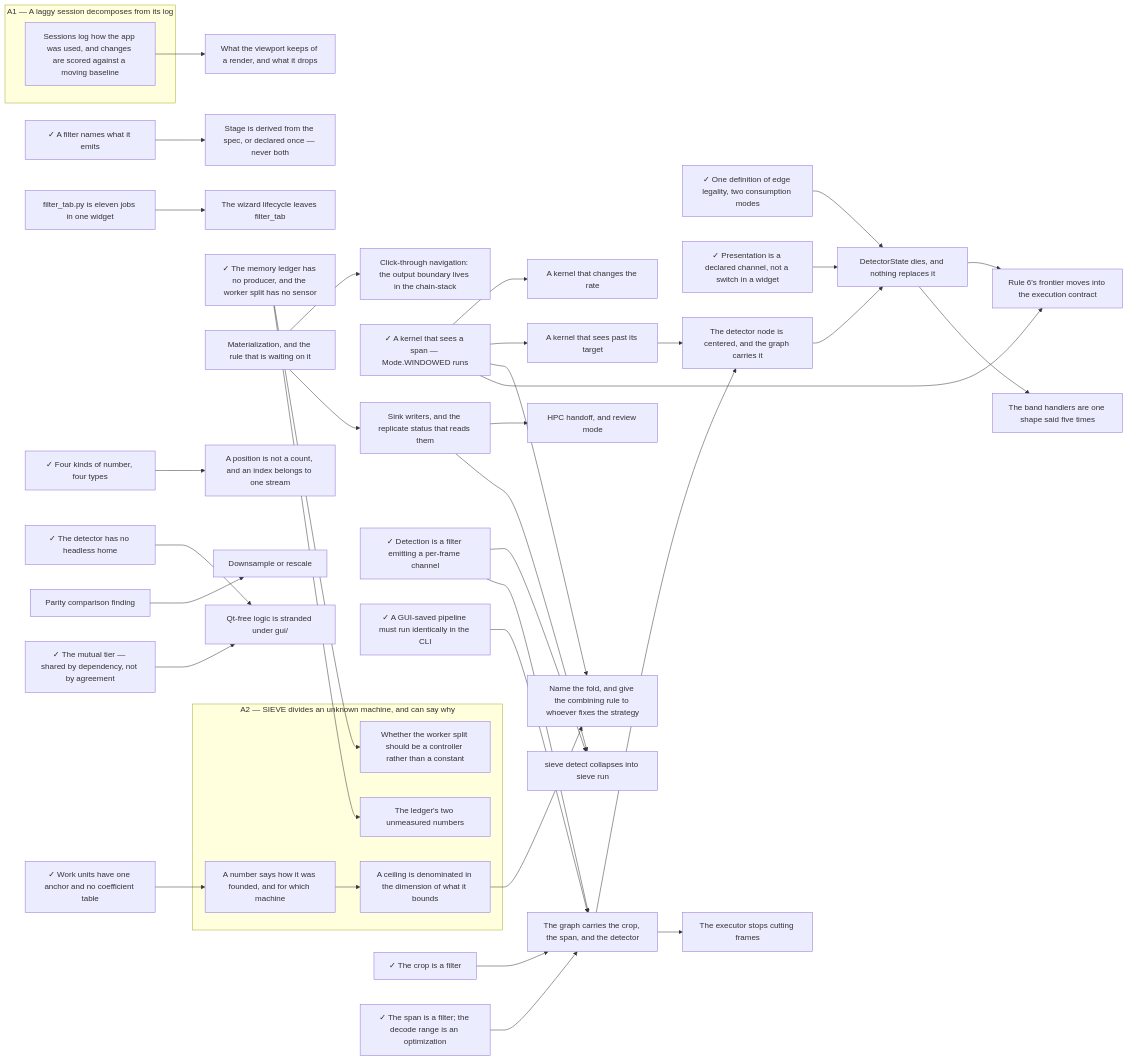
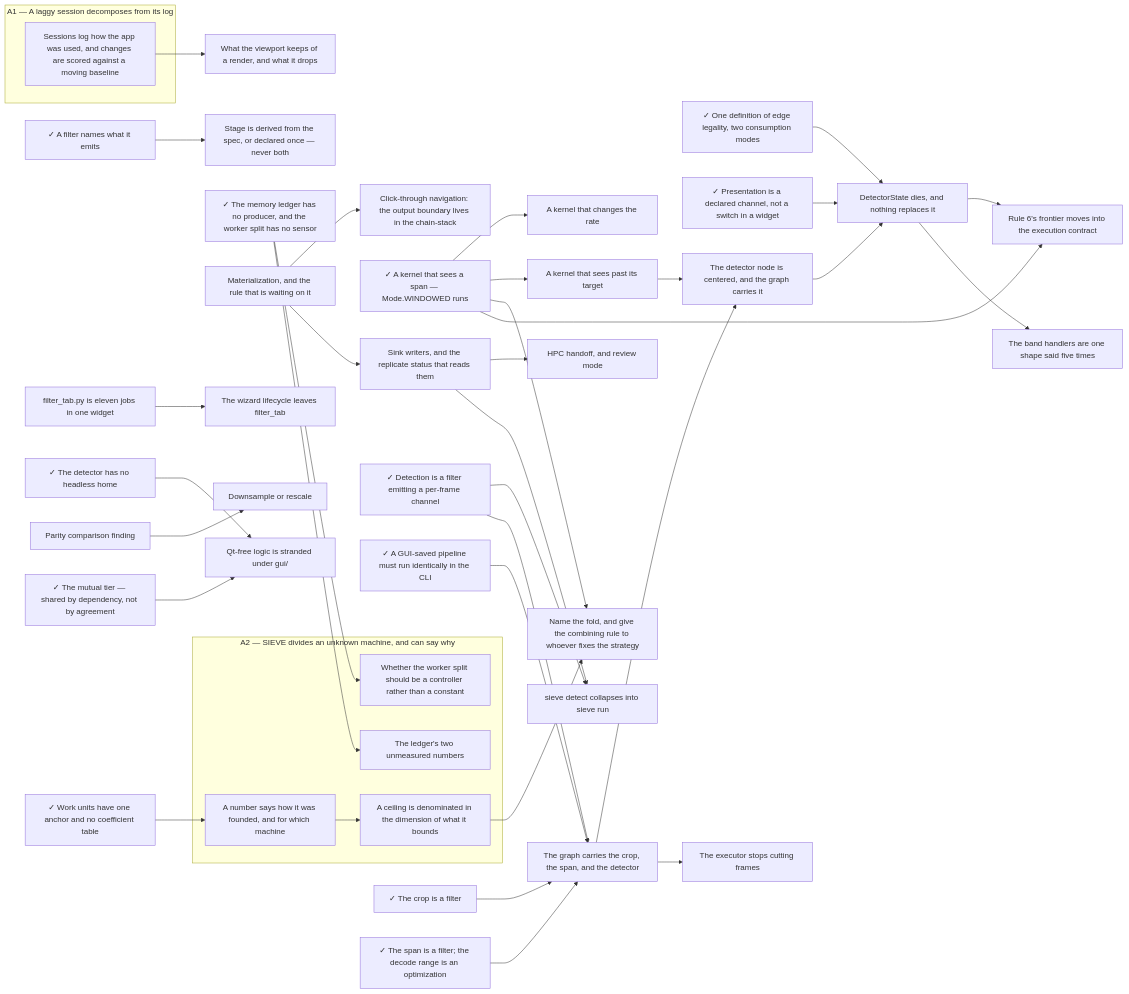
The diagram in docs/.state.md (soulsynapse/antscihub-SIEVE), drawn with Mermaid before and after one commit. The commit also changed other lines of this file and 27 other files, not shown here.

First line of the commit message:
fix(a-position-is-not-a-count): type frame positions

````diff
--- a/docs/.state.md
+++ b/docs/.state.md
@@ -108,80 +106,77 @@
 ```mermaid
 graph LR
   subgraph A1["A1 — A laggy session decomposes from its log"]
       slow_path_surfacing["Sessions log how the app was used, and changes are scored against a moving baseline"]
   end
   subgraph A2["A2 — SIEVE divides an unknown machine, and can say why"]
       a_number_says_how_it_was_founded["A number says how it was founded, and for which machine"]
       adaptive_worker_allocation["Whether the worker split should be a controller rather than a constant"]
       ceilings_in_the_dimension_they_bound["A ceiling is denominated in the dimension of what it bounds"]
       ledger_measurements["The ledger's two unmeasured numbers"]
   end
     a_filter_names_what_it_emits["✓ A filter names what it emits"]
     a_kernel_that_changes_the_rate["A kernel that changes the rate"]
     a_kernel_that_sees_a_span["✓ A kernel that sees a span — Mode.WINDOWED runs"]
     a_kernel_that_sees_past_its_target["A kernel that sees past its target"]
-    a_position_is_not_a_count["A position is not a count, and an index belongs to one stream"]
     click_through_navigation["Click-through navigation: the output boundary lives in the chain-stack"]
     detection_is_a_filter["✓ Detection is a filter emitting a per-frame channel"]
     detector_state_dies["DetectorState dies, and nothing replaces it"]
     downsample_or_rescale["Downsample or rescale"]
     filter_tab_is_eleven_jobs["filter_tab.py is eleven jobs in one widget"]
-    four_numbers_four_types["✓ Four kinds of number, four types"]
     gui_cli_execution_parity["✓ A GUI-saved pipeline must run identically in the CLI"]
     headless_detection["✓ The detector has no headless home"]
     hpc_handoff_and_review_mode["HPC handoff, and review mode"]
     ledger_producers["✓ The memory ledger has no producer, and the worker split has no sensor"]
     materialization["Materialization, and the rule that is waiting on it"]
     name_the_fold["Name the fold, and give the combining rule to whoever fixes the strategy"]
     one_definition_of_edge_legality["✓ One definition of edge legality, two consumption modes"]
     parity_comparison_finding["Parity comparison finding"]
     presentation_is_a_channel_not_a_switch["✓ Presentation is a declared channel, not a switch in a widget"]
     proxy_retention_policy["What the viewport keeps of a render, and what it drops"]
     qt_free_logic_under_gui["Qt-free logic is stranded under gui/"]
     rule_sixs_frontier_moves_into_the_contract["Rule 6's frontier moves into the execution contract"]
     sieve_detect_collapses_into_sieve_run["sieve detect collapses into sieve run"]
     sink_writers["Sink writers, and the replicate status that reads them"]
     stage_is_derived_or_declared_once["Stage is derived from the spec, or declared once — never both"]
     the_band_handlers_are_one_shape_said_five_times["The band handlers are one shape said five times"]
     the_crop_is_a_filter["✓ The crop is a filter"]
     the_detector_node_is_centered["The detector node is centered, and the graph carries it"]
     the_executor_stops_cutting_frames["The executor stops cutting frames"]
     the_graph_carries_the_crop_the_span_and_the_detector["The graph carries the crop, the span, and the detector"]
     the_mutual_tier["✓ The mutual tier — shared by dependency, not by agreement"]
     the_span_is_a_filter["✓ The span is a filter; the decode range is an optimization"]
     the_wizard_lifecycle_leaves_filter_tab["The wizard lifecycle leaves filter_tab"]
     work_units_have_one_anchor["✓ Work units have one anchor and no coefficient table"]
     a_kernel_that_sees_a_span --> a_kernel_that_changes_the_rate
     a_kernel_that_sees_a_span --> a_kernel_that_sees_past_its_target
     work_units_have_one_anchor --> a_number_says_how_it_was_founded
-    four_numbers_four_types --> a_position_is_not_a_count
     ledger_producers --> adaptive_worker_allocation
     a_number_says_how_it_was_founded --> ceilings_in_the_dimension_they_bound
     materialization --> click_through_navigation
     the_detector_node_is_centered --> detector_state_dies
     one_definition_of_edge_legality --> detector_state_dies
     presentation_is_a_channel_not_a_switch --> detector_state_dies
     parity_comparison_finding --> downsample_or_rescale
     sink_writers --> hpc_handoff_and_review_mode
     ledger_producers --> ledger_measurements
     ceilings_in_the_dimension_they_bound --> name_the_fold
     a_kernel_that_sees_a_span --> name_the_fold
     slow_path_surfacing --> proxy_retention_policy
     headless_detection --> qt_free_logic_under_gui
     the_mutual_tier --> qt_free_logic_under_gui
     a_kernel_that_sees_a_span --> rule_sixs_frontier_moves_into_the_contract
     detector_state_dies --> rule_sixs_frontier_moves_into_the_contract
     detection_is_a_filter --> sieve_detect_collapses_into_sieve_run
     sink_writers --> sieve_detect_collapses_into_sieve_run
     materialization --> sink_writers
     a_filter_names_what_it_emits --> stage_is_derived_or_declared_once
     detector_state_dies --> the_band_handlers_are_one_shape_said_five_times
     the_graph_carries_the_crop_the_span_and_the_detector --> the_detector_node_is_centered
     a_kernel_that_sees_past_its_target --> the_detector_node_is_centered
     the_graph_carries_the_crop_the_span_and_the_detector --> the_executor_stops_cutting_frames
     the_crop_is_a_filter --> the_graph_carries_the_crop_the_span_and_the_detector
     the_span_is_a_filter --> the_graph_carries_the_crop_the_span_and_the_detector
     detection_is_a_filter --> the_graph_carries_the_crop_the_span_and_the_detector
     gui_cli_execution_parity --> the_graph_carries_the_crop_the_span_and_the_detector
     filter_tab_is_eleven_jobs --> the_wizard_lifecycle_leaves_filter_tab
 ```
````
